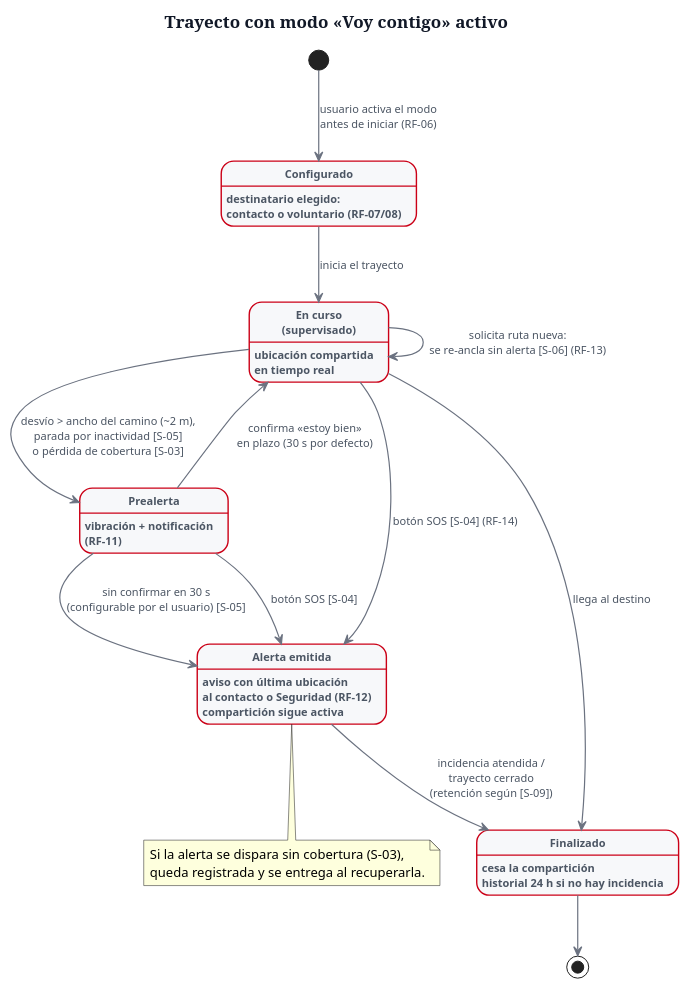
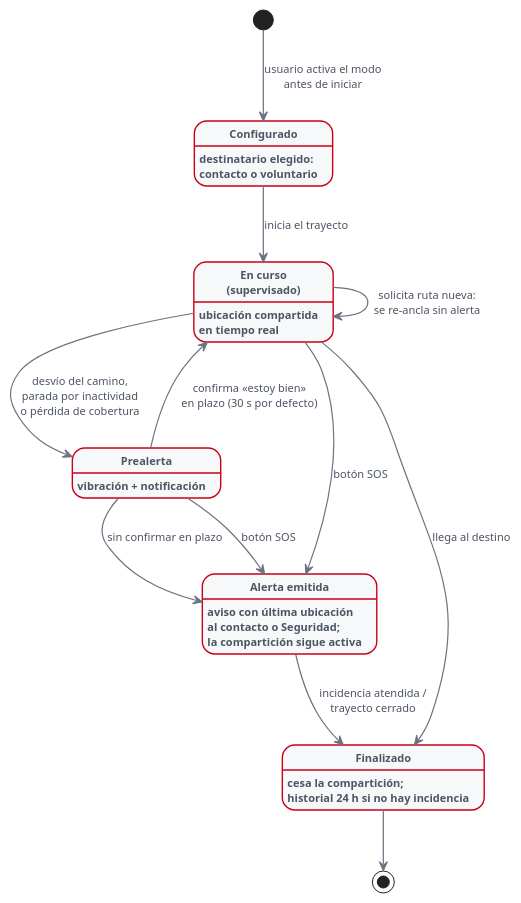
One commit to adrianpalacio/tfg-senda-urjc changed the diagram in fase3-especificacion/uml/estados-voy-contigo.puml. Above: the diagram before and after it, drawn with PlantUML. The commit also changed 7 other files, not shown here.

Commit message:
UML rehechos tras la revision del tutor: casos de uso ampliados (solicitar/atender acompanamiento separados, sin flechas actor-CU, sin notas), clases con jerarquia de roles, estados planos sin marcadores de supuesto

```diff
--- a/fase3-especificacion/uml/estados-voy-contigo.puml
+++ b/fase3-especificacion/uml/estados-voy-contigo.puml
@@ -1,56 +1,44 @@
 @startuml estados-voy-contigo
 ' Diagrama de estados del trayecto con modo "Voy contigo" activo
-' Derivado del parrafo rosado 1 del enunciado + CU-03 (F3).
-' Actualizado 27/08/2026: transicion de perdida de cobertura (S-03) + estilo.
-
-' ---- estilo limpio (evita el look por defecto) ----
+' Rehecho 12/09/2026 segun comentarios del tutor (pag 97 de la revision):
+' sin titulo interno (duplica el pie de figura), sin marcadores [S-XX], sin notas.
 skinparam backgroundColor #FFFFFF
 skinparam shadowing false
 skinparam defaultFontName "Segoe UI"
 skinparam defaultFontSize 13
 skinparam ArrowColor #6B7280
 skinparam ArrowThickness 1.2
 skinparam ArrowFontColor #4B5563
 skinparam ArrowFontSize 11
-skinparam TitleFontName "Segoe UI Semibold"
-skinparam TitleFontSize 17
-skinparam TitleFontColor #111827
 skinparam state {
   BackgroundColor #F7F8FA
   BorderColor #CB0017
   BorderThickness 1.4
   RoundCorner 14
   FontColor #111827
   FontStyle bold
   FontSize 13
   AttributeFontColor #4B5563
   AttributeFontSize 11
   StartColor #CB0017
   EndColor #111827
 }
 
-title Trayecto con modo «Voy contigo» activo
+state "Configurado" as Configurado : destinatario elegido:\ncontacto o voluntario
+state "En curso\n(supervisado)" as EnCurso : ubicación compartida\nen tiempo real
+state "Prealerta" as Prealerta : vibración + notificación
+state "Alerta emitida" as Alerta : aviso con última ubicación\nal contacto o Seguridad;\nla compartición sigue activa
+state "Finalizado" as Fin : cesa la compartición;\nhistorial 24 h si no hay incidencia
 
-state "Configurado" as Configurado : destinatario elegido:\ncontacto o voluntario (RF-07/08)
-state "En curso\n(supervisado)" as EnCurso : ubicación compartida\nen tiempo real
-state "Prealerta" as Prealerta : vibración + notificación\n(RF-11)
-state "Alerta emitida" as Alerta : aviso con última ubicación\nal contacto o Seguridad (RF-12)\ncompartición sigue activa
-state "Finalizado" as Fin : cesa la compartición\nhistorial 24 h si no hay incidencia
-
-[*] --> Configurado : usuario activa el modo\nantes de iniciar (RF-06)
+[*] --> Configurado : usuario activa el modo\nantes de iniciar
 Configurado --> EnCurso : inicia el trayecto
-EnCurso --> Prealerta : desvío > ancho del camino (~2 m),\nparada por inactividad [S-05]\no pérdida de cobertura [S-03]
+EnCurso --> Prealerta : desvío del camino,\nparada por inactividad\no pérdida de cobertura
 Prealerta --> EnCurso : confirma «estoy bien»\nen plazo (30 s por defecto)
-Prealerta --> Alerta : sin confirmar en 30 s\n(configurable por el usuario) [S-05]
-EnCurso --> EnCurso : solicita ruta nueva:\nse re-ancla sin alerta [S-06] (RF-13)
-EnCurso --> Alerta : botón SOS [S-04] (RF-14)
-Prealerta --> Alerta : botón SOS [S-04]
-Alerta --> Fin : incidencia atendida /\ntrayecto cerrado\n(retención según [S-09])
+Prealerta --> Alerta : sin confirmar en plazo
+EnCurso --> EnCurso : solicita ruta nueva:\nse re-ancla sin alerta
+EnCurso --> Alerta : botón SOS
+Prealerta --> Alerta : botón SOS
+Alerta --> Fin : incidencia atendida /\ntrayecto cerrado
 EnCurso --> Fin : llega al destino
 Fin --> [*]
-
-note bottom of Alerta
-  Si la alerta se dispara sin cobertura (S-03),
-  queda registrada y se entrega al recuperarla.
-end note
 @enduml
```
